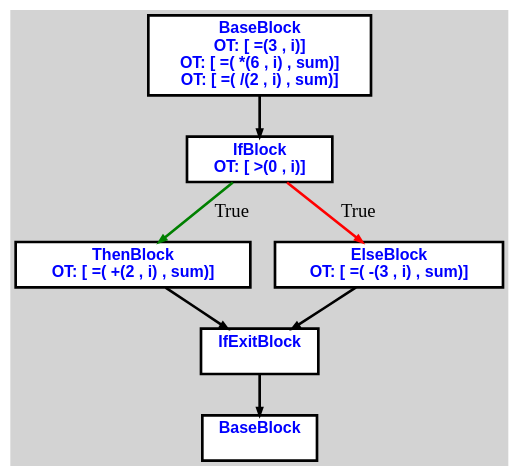
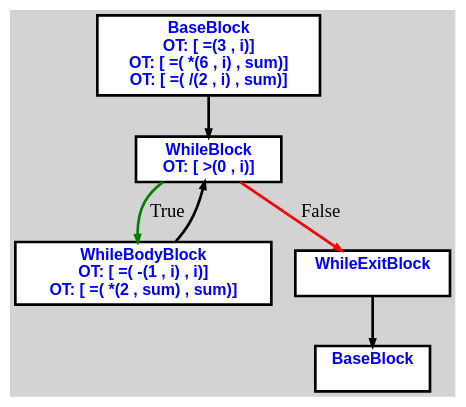
One commit to aveen007/CountingMonkeys changed the diagram in cpoCompilerWin/input2.txt.calculator.dot. Above: the diagram before and after it, drawn with Graphviz. The commit also changed 13 other files, not shown here.

```diff
--- a/cpoCompilerWin/input2.txt.calculator.dot
+++ b/cpoCompilerWin/input2.txt.calculator.dot
@@ -1,25 +1,23 @@
 digraph G {
 ordering=out;
 ranksep=.4;
 bgcolor="lightgrey";  node [shape=box, fixedsize=false, fontsize=12, fontname="Helvetica-bold", fontcolor="blue"
 width=.25, height=.25, color="black", fillcolor="white", style="filled, solid, bold"];
 
-edge [arrowsize=.5, color="black", style="bold"]    n000012172A4A1400 [label="BaseBlock\n OT: [ =(3 , i)]
+edge [arrowsize=.5, color="black", style="bold"]    n00001154B19A1400 [label="BaseBlock\n OT: [ =(3 , i)]
 OT: [ =( *(6 , i) , sum)]
 OT: [ =( /(2 , i) , sum)]
 "]
-    n000012172A4A1460 [label="IfBlock\n OT: [ >(0 , i)]
+    n00001154B19A1460 [label="WhileBlock\n OT: [ >(0 , i)]
 "]
-    n000012172A4A1400 -> n000012172A4A1460
-    n000012172A4A1460 -> n000012172A4A14C0 [label="True" color="green"]
-    n000012172A4A14C0 [label="ThenBlock\n OT: [ =( +(2 , i) , sum)]
+    n00001154B19A1400 -> n00001154B19A1460
+	   n00001154B19A1460 -> n00001154B19A14C0 [ label = "True" color="green"]
+    n00001154B19A14C0 [label="WhileBodyBlock\n OT: [ =( -(1 , i) , i)]
+OT: [ =( *(2 , sum) , sum)]
 "]
-    n000012172A4A1580 [label="IfExitBlock\n "]
-    n000012172A4A14C0 -> n000012172A4A1580
-    n000012172A4A15E0 [label="BaseBlock\n "]
-    n000012172A4A1580 -> n000012172A4A15E0
-    n000012172A4A1460 -> n000012172A4A1520 [label="True" color="red"]
-    n000012172A4A1520 [label="ElseBlock\n OT: [ =( -(3 , i) , sum)]
-"]
-    n000012172A4A1520 -> n000012172A4A1580
+    n00001154B19A14C0 -> n00001154B19A1460
+	   n00001154B19A1460 -> n00001154B19A1520 [ label = "False" color="red"]
+    n00001154B19A1520 [label="WhileExitBlock\n "]
+    n00001154B19A1580 [label="BaseBlock\n "]
+    n00001154B19A1520 -> n00001154B19A1580
 }
```
